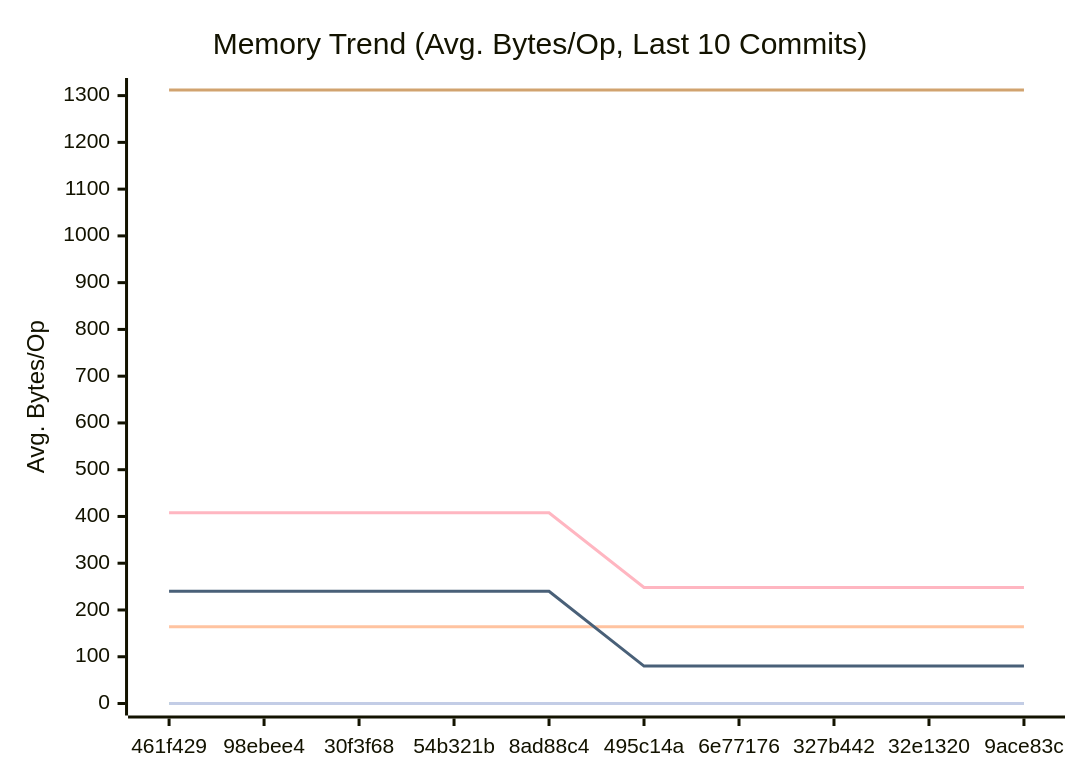
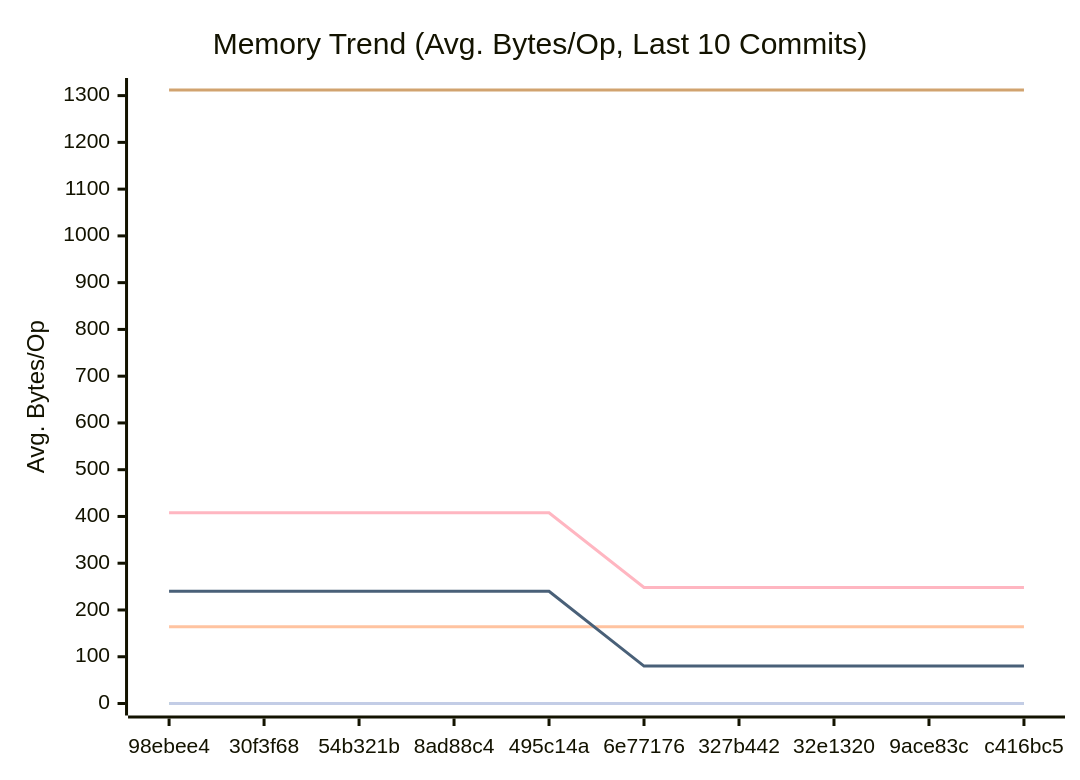
One commit to alsotoes/momo changed the second of 3 diagrams in docs/PERFORMANCE.md. Above: the diagram before and after it, drawn with Mermaid. The commit also changed other lines of this file and 2 other files, not shown here.

````diff
--- a/docs/PERFORMANCE.md
+++ b/docs/PERFORMANCE.md
@@ -142,16 +142,16 @@
 ```mermaid
 xychart-beta
     title "Memory Trend (Avg. Bytes/Op, Last 10 Commits)"
     x-axis "Commit"
     y-axis "Avg. Bytes/Op"
-    x-axis [461f429,98ebee4,30f3f68,54b321b,8ad88c4,495c14a,6e77176,327b442,32e1320,9ace83c]
+    x-axis [98ebee4,30f3f68,54b321b,8ad88c4,495c14a,6e77176,327b442,32e1320,9ace83c,c416bc5]
     line "CheckMetricsAndSwap" [0,0,0,0,0,0,0,0,0,0]
     line "CrushOptimized" [0,0,0,0,0,0,0,0,0,0]
     line "CrushOriginal" [164,164,164,164,164,164,164,164,164,164]
     line "IndexDirectTracking" [0,0,0,0,0,0,0,0,0,0]
     line "IndexSearch" [0,0,0,0,0,0,0,0,0,0]
     line "LoadGlobalConfig" [1312,1312,1312,1312,1312,1312,1312,1312,1312,1312]
     line "PadString" [0,0,0,0,0,0,0,0,0,0]
     line "ParseReplicationOrder_NoPrealloc" [408,408,408,408,408,248,248,248,248,248]
     line "ParseReplicationOrder_Prealloc" [240,240,240,240,240,80,80,80,80,80]
 ```
````
